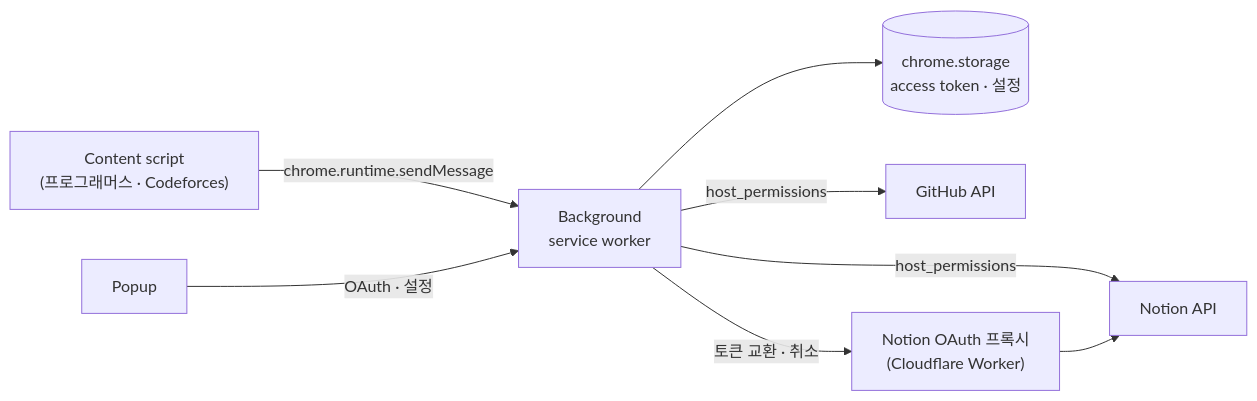
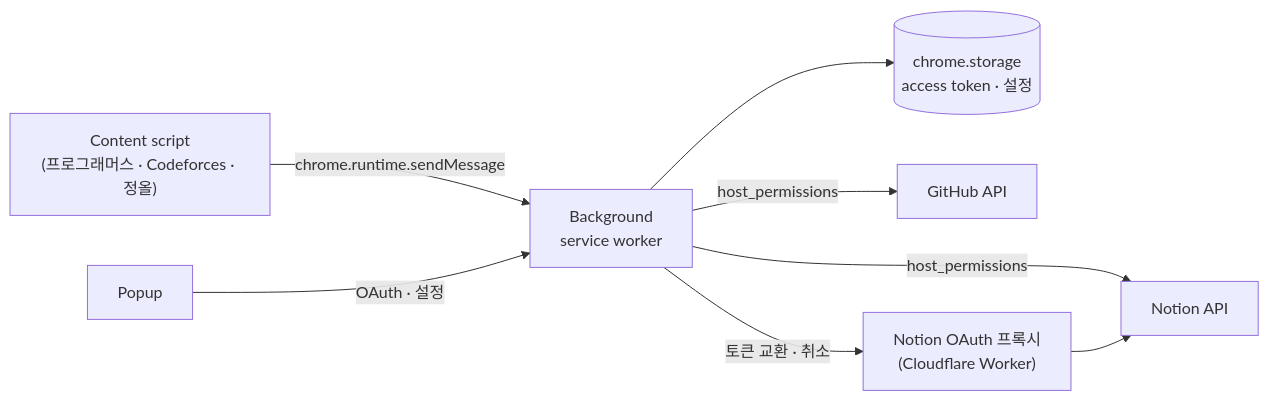
The diagram in README.ko.md (Seojeonguk/sourceCodeUploader), drawn with Mermaid before and after one commit. The commit also changed other lines of this file and 23 other files, not shown here.

````diff
--- a/README.ko.md
+++ b/README.ko.md
@@ -50,10 +52,10 @@
 ```mermaid
 flowchart LR
-    CS["Content script<br/>(프로그래머스 · Codeforces)"] -->|chrome.runtime.sendMessage| BG["Background<br/>service worker"]
+    CS["Content script<br/>(프로그래머스 · Codeforces · 정올)"] -->|chrome.runtime.sendMessage| BG["Background<br/>service worker"]
     POP["Popup"] -->|OAuth · 설정| BG
     BG --> ST[("chrome.storage<br/>access token · 설정")]
     BG -->|host_permissions| GH["GitHub API"]
     BG -->|host_permissions| NO["Notion API"]
     BG -->|토큰 교환 · 취소| PX["Notion OAuth 프록시<br/>(Cloudflare Worker)"]
     PX --> NO
 ```
````
